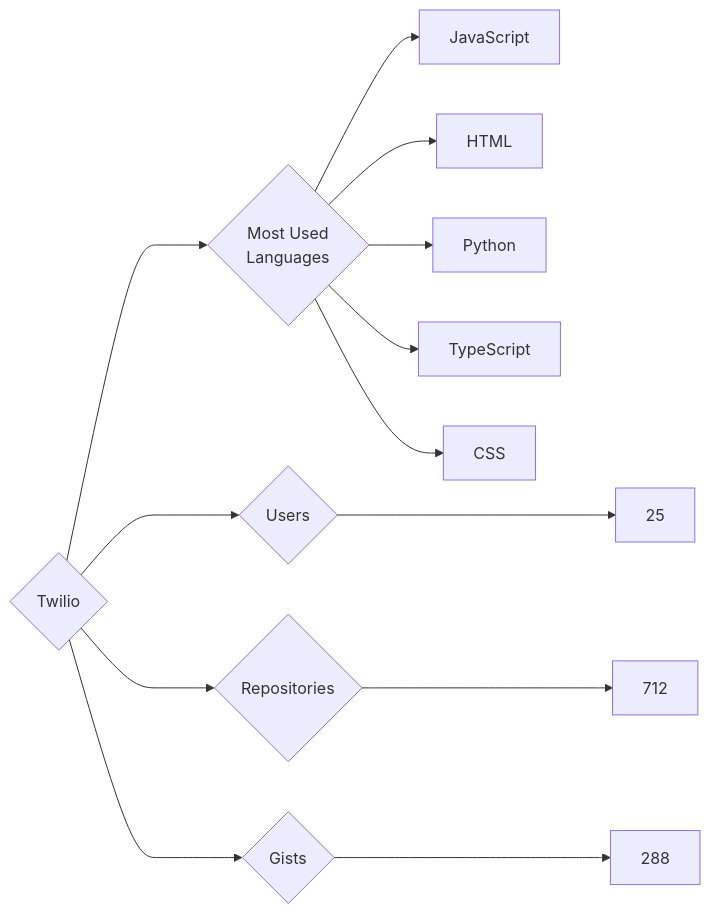
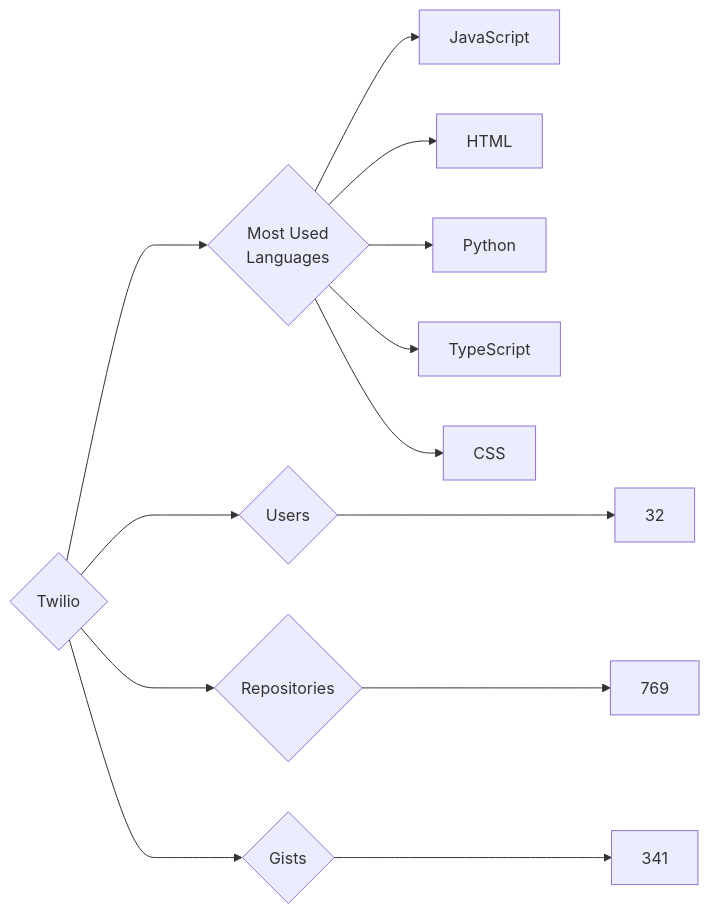
The diagram in targets/Twilio/README.md (trickest/insiders), drawn with Mermaid before and after one commit. The commit also changed 1696 other files, not shown here.

````diff
--- a/targets/Twilio/README.md
+++ b/targets/Twilio/README.md
@@ -3,13 +3,13 @@
 ```mermaid
 graph LR
 COMPANY_NAME{Twilio}
-COMPANY_NAME ---> U{Users} ---> UN[25]
-COMPANY_NAME ---> R{Repositories} ---> RN[712]
-COMPANY_NAME ---> G{Gists} ---> GN[288]
+COMPANY_NAME ---> U{Users} ---> UN[32]
+COMPANY_NAME ---> R{Repositories} ---> RN[769]
+COMPANY_NAME ---> G{Gists} ---> GN[341]
 COMPANY_NAME ---> ML{Most Used<br>Languages}
 ML --> JavaScript[JavaScript]
 ML --> HTML[HTML]
 ML --> Python[Python]
 ML --> TypeScript[TypeScript]
 ML --> CSS[CSS]
 ```
````
